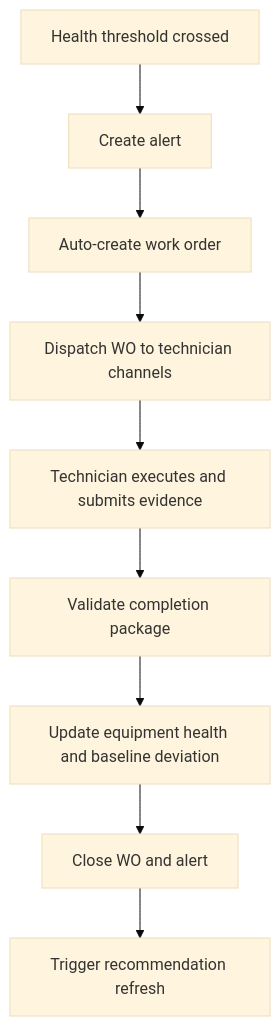
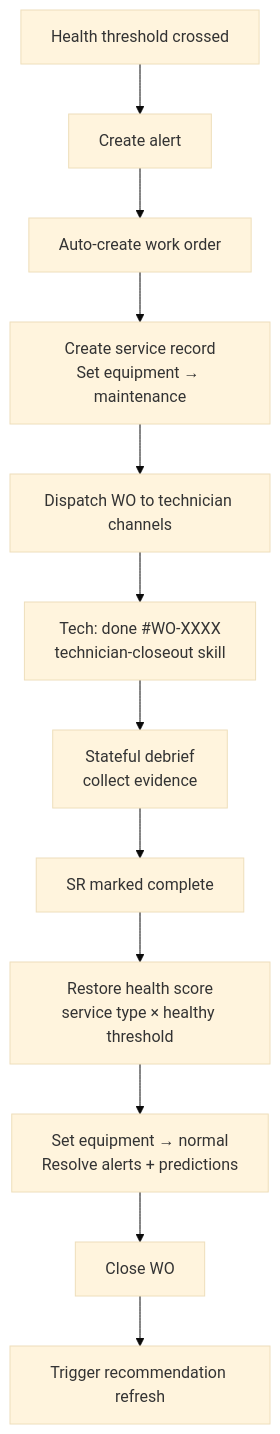
One commit to Bederf/sentinel-ai changed the diagram in docs/04-features/109D-maintenance-closed-loop-flow.md. Above: the diagram before and after it, drawn with Mermaid (base theme). The commit also changed other lines of this file and 3 other files, not shown here.

First line of the commit message:
docs: update WO, health scoring, closed-loop, and SR schema docs

````diff
--- a/docs/04-features/109D-maintenance-closed-loop-flow.md
+++ b/docs/04-features/109D-maintenance-closed-loop-flow.md
@@ -87,11 +87,14 @@
 ```mermaid
 flowchart TD
     A[Health threshold crossed] --> B[Create alert]
     B --> C[Auto-create work order]
-    C --> D[Dispatch WO to technician channels]
-    D --> E[Technician executes and submits evidence]
-    E --> F[Validate completion package]
-    F --> G[Update equipment health and baseline deviation]
-    G --> H[Close WO and alert]
+    C --> C2[Create service record\nSet equipment → maintenance]
+    C2 --> D[Dispatch WO to technician channels]
+    D --> E[Tech: done #WO-XXXX\ntechnician-closeout skill]
+    E --> E2[Stateful debrief\ncollect evidence]
+    E2 --> F[SR marked complete]
+    F --> G[Restore health score\nservice type × healthy threshold]
+    G --> G2[Set equipment → normal\nResolve alerts + predictions]
+    G2 --> H[Close WO]
     H --> I[Trigger recommendation refresh]
 ```
````
